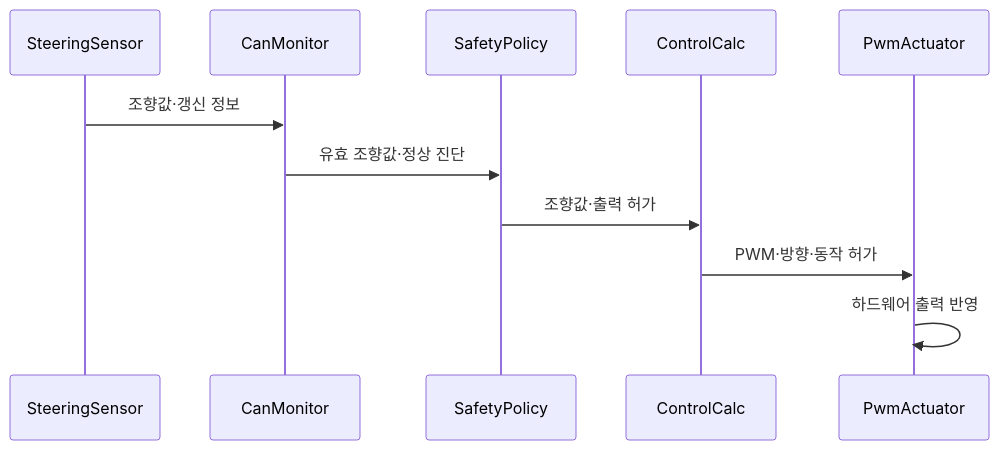
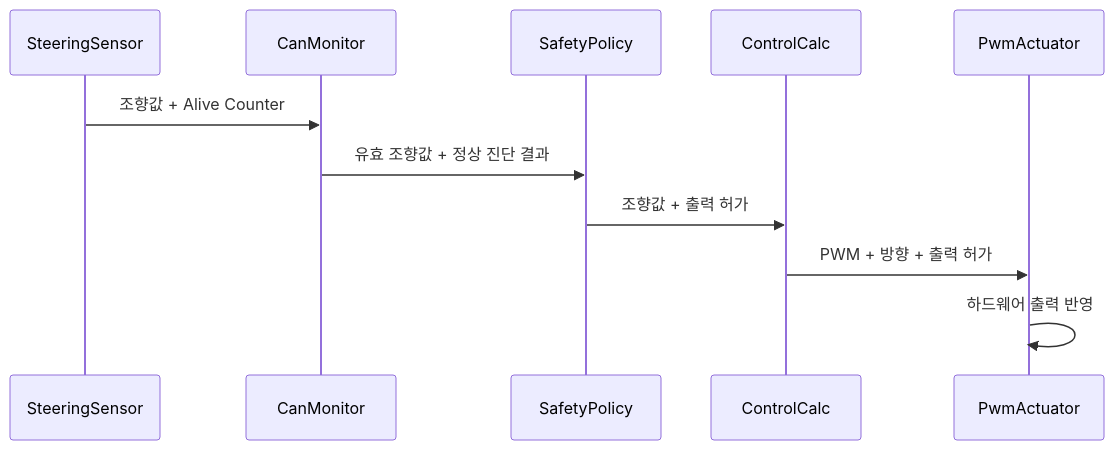
The third of 5 diagrams in iso26262-sbw-failsafe/workproducts/04_SW_Architecture_Design.md (kwangil1245-code/iso26262-sbw-failsafe), drawn with Mermaid before and after one commit. The commit also changed other lines of this file, not shown here.

````diff
--- a/iso26262-sbw-failsafe/workproducts/04_SW_Architecture_Design.md
+++ b/iso26262-sbw-failsafe/workproducts/04_SW_Architecture_Design.md
@@ -144,13 +200,14 @@
 ```mermaid
 sequenceDiagram
     participant S as SteeringSensor
     participant M as CanMonitor
     participant P as SafetyPolicy
     participant C as ControlCalc
     participant A as PwmActuator
-    S->>M: 조향값·갱신 정보
-    M->>P: 유효 조향값·정상 진단
-    P->>C: 조향값·출력 허가
-    C->>A: PWM·방향·동작 허가
+
+    S->>M: 조향값 + Alive Counter
+    M->>P: 유효 조향값 + 정상 진단 결과
+    P->>C: 조향값 + 출력 허가
+    C->>A: PWM + 방향 + 출력 허가
     A->>A: 하드웨어 출력 반영
 ```
````
